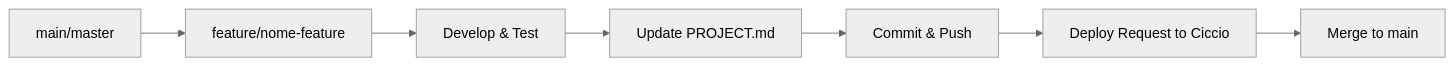
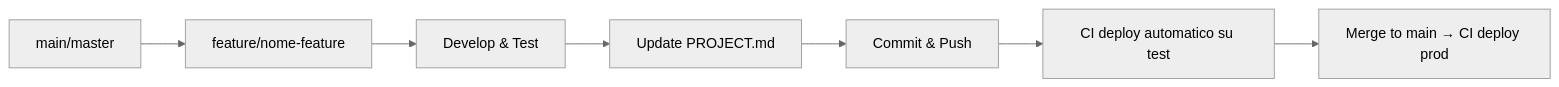
One commit to ecologicaleaving/workflow changed the diagram in skills/8020-workflow/references/BRANCH_STRATEGY.md. Above: the diagram before and after it, drawn with Mermaid (neutral theme). The commit also changed other lines of this file and 10 other files, not shown here.

````diff
--- a/skills/8020-workflow/references/BRANCH_STRATEGY.md
+++ b/skills/8020-workflow/references/BRANCH_STRATEGY.md
@@ -11,9 +11,9 @@
 ```mermaid
 graph LR
     A[main/master] --> B[feature/nome-feature]
     B --> C[Develop & Test]
     C --> D[Update PROJECT.md]
     D --> E[Commit & Push]
-    E --> F[Deploy Request to Ciccio]
-    F --> G[Merge to main]
+    E --> F[CI deploy automatico su test]
+    F --> G[Merge to main → CI deploy prod]
 ```
````
